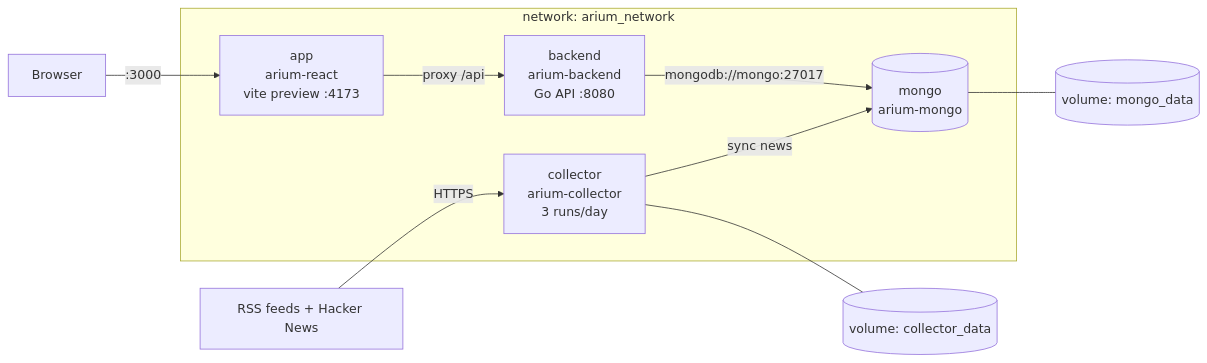
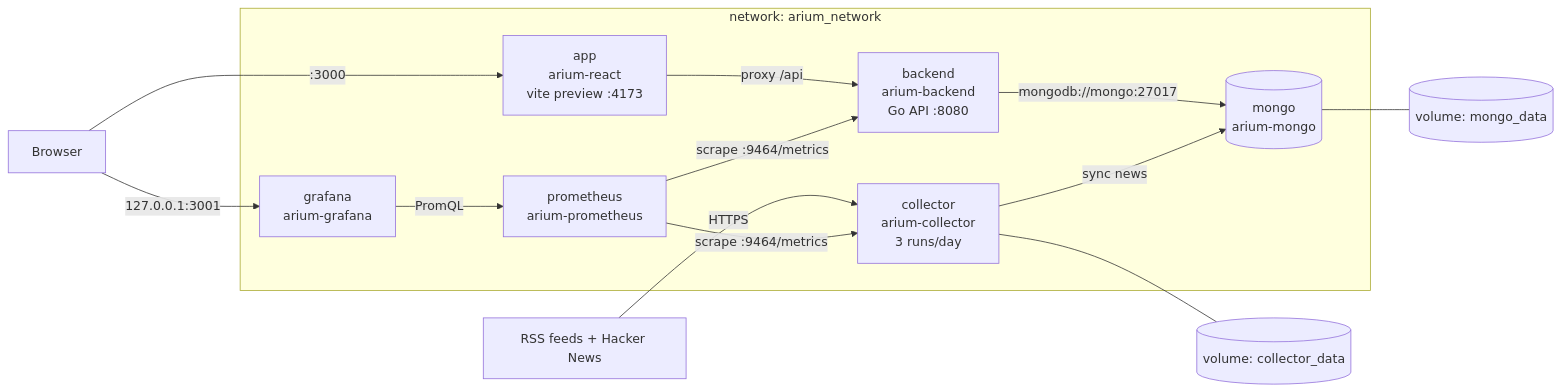
The diagram in devops/docker/README.md (fmolinar/arium), drawn with Mermaid before and after one commit. The commit also changed other lines of this file and 29 other files, not shown here.

````diff
--- a/devops/docker/README.md
+++ b/devops/docker/README.md
@@ -8,18 +8,25 @@
 ```mermaid
 flowchart LR
     user["Browser"] -- ":3000" --> app["app<br/>arium-react<br/>vite preview :4173"]
     app -- "proxy /api" --> backend["backend<br/>arium-backend<br/>Go API :8080"]
     backend -- "mongodb://mongo:27017" --> mongo[("mongo<br/>arium-mongo")]
     mongo --- mongoVol[("volume: mongo_data")]
 
     internet["RSS feeds + Hacker News"] -- "HTTPS" --> collector["collector<br/>arium-collector<br/>3 runs/day"]
     collector --- colVol[("volume: collector_data")]
     collector -- "sync news" --> mongo
 
+    prometheus["prometheus<br/>arium-prometheus"] -- "scrape :9464/metrics" --> backend
+    prometheus -- "scrape :9464/metrics" --> collector
+    grafana["grafana<br/>arium-grafana"] -- "PromQL" --> prometheus
+    user -- "127.0.0.1:3001" --> grafana
+
     subgraph net ["network: arium_network"]
         app
         backend
         mongo
         collector
+        prometheus
+        grafana
     end
 ```
````
